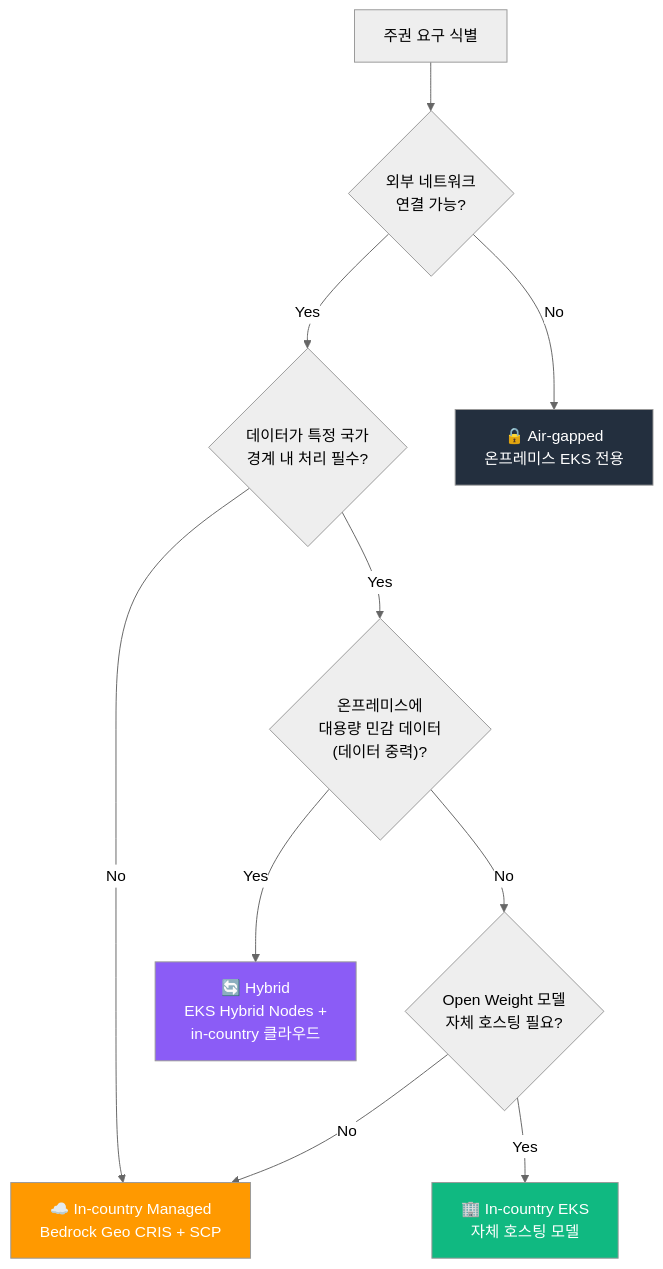
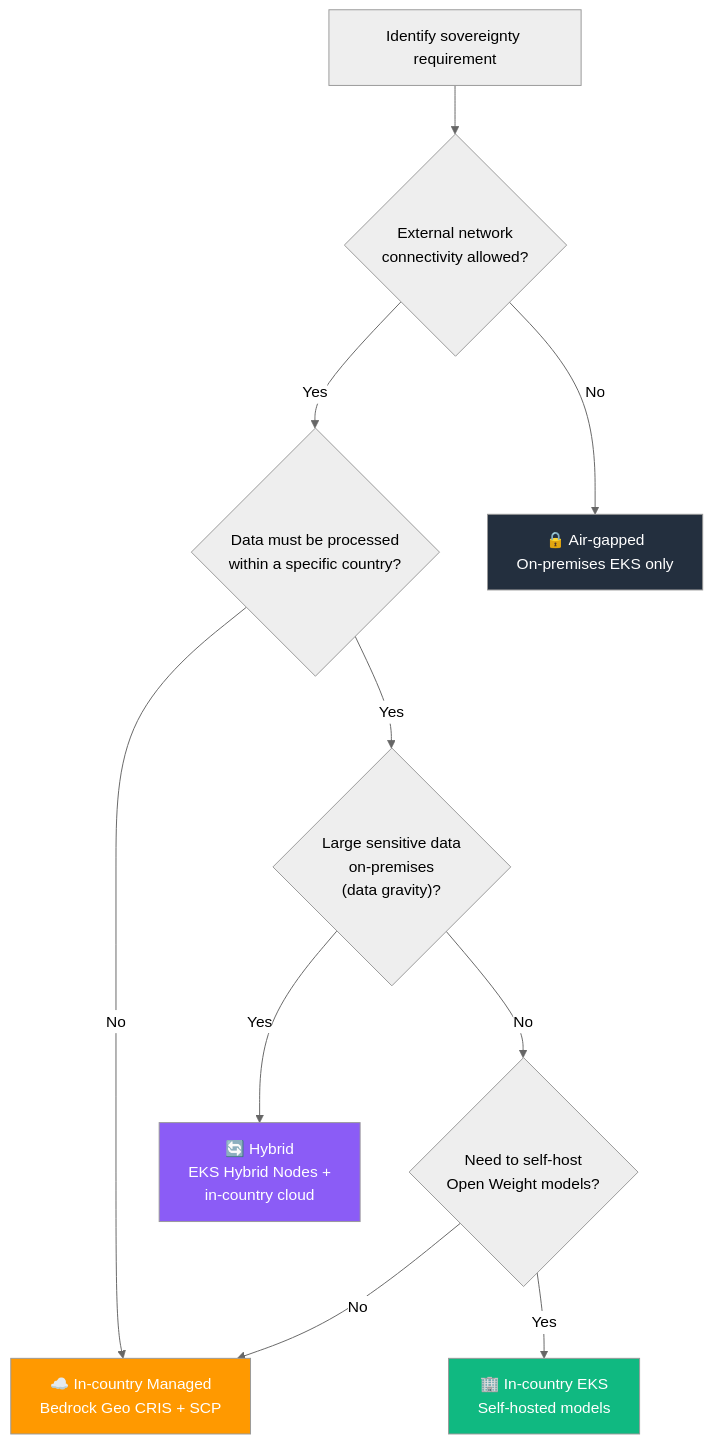
Before and after one commit to devfloor9/engineering-playbook: the second of 4 diagrams in docs/agentic-ai-platform/design-architecture/platform-selection/sovereign-hybrid-deployment.md, drawn with Mermaid (neutral theme). The commit also changed other lines of this file and 954 other files, not shown here.

````diff
--- a/docs/agentic-ai-platform/design-architecture/platform-selection/sovereign-hybrid-deployment.md
+++ b/docs/agentic-ai-platform/design-architecture/platform-selection/sovereign-hybrid-deployment.md
@@ -75,29 +75,29 @@
 ```mermaid
 flowchart TD
-    START["주권 요구 식별"]
+    START["Identify sovereignty requirement"]
 
-    Q1{"외부 네트워크<br/>연결 가능?"}
-    Q2{"데이터가 특정 국가<br/>경계 내 처리 필수?"}
-    Q3{"온프레미스에<br/>대용량 민감 데이터<br/>(데이터 중력)?"}
-    Q4{"Open Weight 모델<br/>자체 호스팅 필요?"}
+    Q1{"External network<br/>connectivity allowed?"}
+    Q2{"Data must be processed<br/>within a specific country?"}
+    Q3{"Large sensitive data<br/>on-premises<br/>(data gravity)?"}
+    Q4{"Need to self-host<br/>Open Weight models?"}
 
-    AIRGAP["🔒 Air-gapped<br/>온프레미스 EKS 전용"]
-    HYBRID["🔄 Hybrid<br/>EKS Hybrid Nodes +<br/>in-country 클라우드"]
-    INCOUNTRY_EKS["🏢 In-country EKS<br/>자체 호스팅 모델"]
+    AIRGAP["🔒 Air-gapped<br/>On-premises EKS only"]
+    HYBRID["🔄 Hybrid<br/>EKS Hybrid Nodes +<br/>in-country cloud"]
+    INCOUNTRY_EKS["🏢 In-country EKS<br/>Self-hosted models"]
     INCOUNTRY_MANAGED["☁️ In-country Managed<br/>Bedrock Geo CRIS + SCP"]
 
     START --> Q1
     Q1 -->|"No"| AIRGAP
     Q1 -->|"Yes"| Q2
     Q2 -->|"No"| INCOUNTRY_MANAGED
     Q2 -->|"Yes"| Q3
     Q3 -->|"Yes"| HYBRID
     Q3 -->|"No"| Q4
     Q4 -->|"Yes"| INCOUNTRY_EKS
     Q4 -->|"No"| INCOUNTRY_MANAGED
 
     style AIRGAP fill:#232f3e,color:#fff
     style HYBRID fill:#8b5cf6,color:#fff
     style INCOUNTRY_EKS fill:#10b981,color:#fff
     style INCOUNTRY_MANAGED fill:#ff9900,color:#fff
 ```
````
